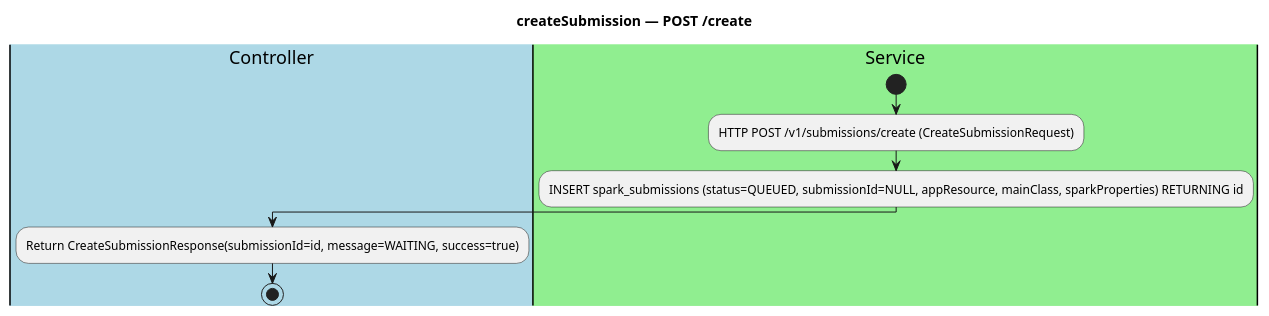
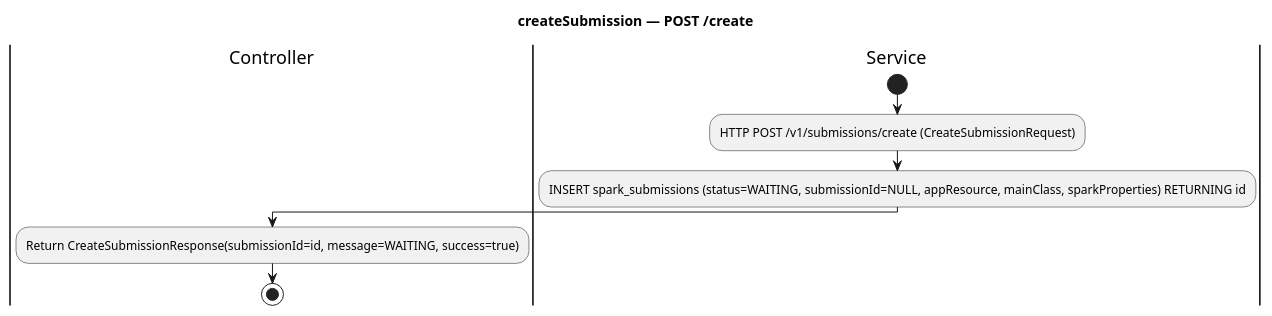
One commit to zaytsevdmitry/lakehouse changed the diagram in lakehouse-task-proxy-for-spark/diagrams/activity-createSubmission.puml. Above: the diagram before and after it, drawn with PlantUML. The commit also changed 146 other files, not shown here.

First line of the commit message:
NEW Added   service lakehouse-task-proxy-for-spark REMOVED   K8sSparkNativeTaskProcessor RENAMED

```diff
--- a/lakehouse-task-proxy-for-spark/diagrams/activity-createSubmission.puml
+++ b/lakehouse-task-proxy-for-spark/diagrams/activity-createSubmission.puml
@@ -1,21 +1,21 @@
 @startuml
 title createSubmission — POST /create
 
-|#LightBlue|Controller|
-|#LightGreen|Service|
+|Controller|
+|Service|
 
 start
 
 :HTTP POST /v1/submissions/create (CreateSubmissionRequest);
 
 |Service|
 
-:INSERT spark_submissions (status=QUEUED, submissionId=NULL, appResource, mainClass, sparkProperties) RETURNING id;
+:INSERT spark_submissions (status=WAITING, submissionId=NULL, appResource, mainClass, sparkProperties) RETURNING id;
 
 |Controller|
 
 :Return CreateSubmissionResponse(submissionId=id, message=WAITING, success=true);
 
 stop
 
 @enduml
```
